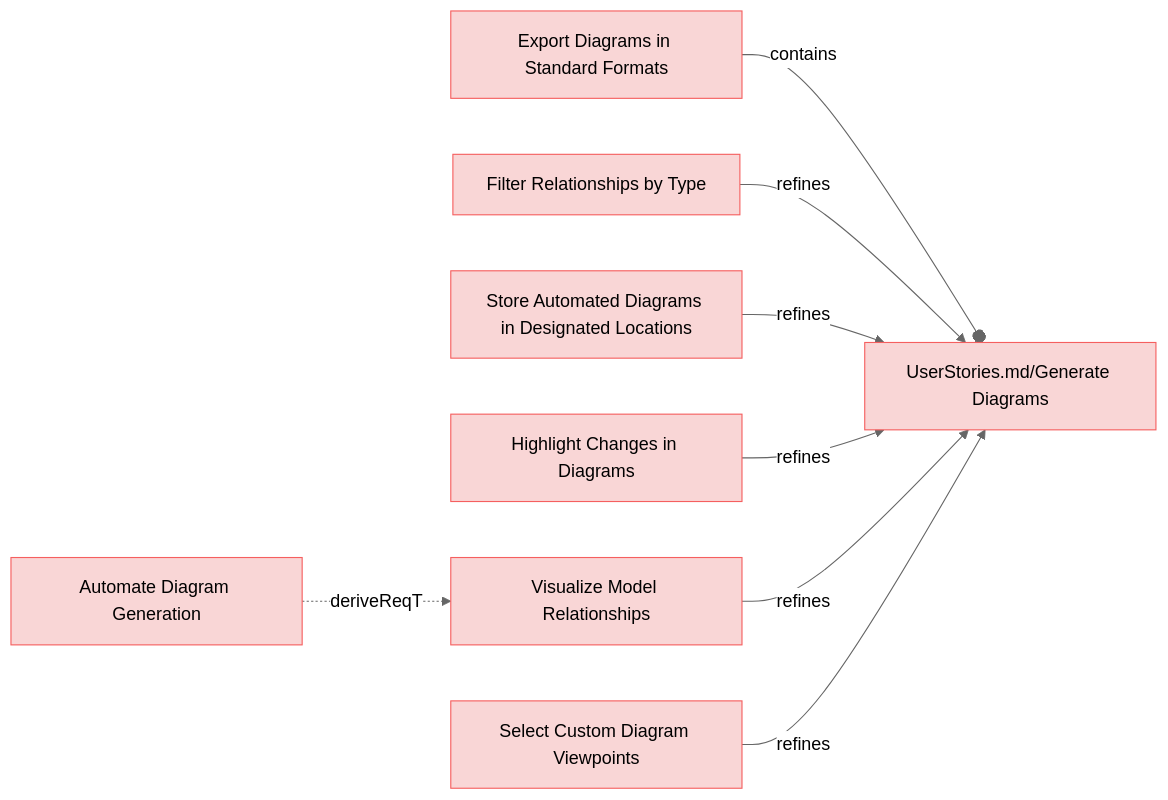
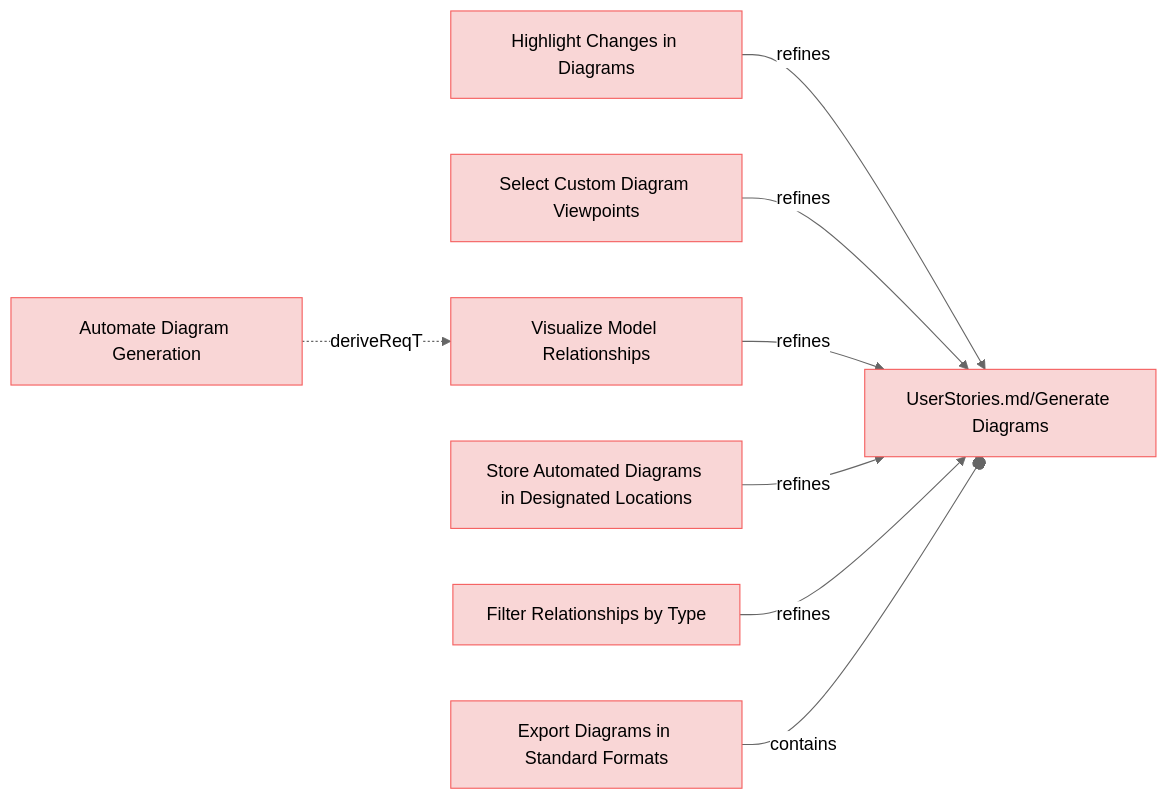
Before and after one commit to reqvire-org/reqvire: the first of 9 diagrams in specifications/UserRequirements.md, drawn with Mermaid (neutral theme). The commit also changed other lines of this file and 16 other files, not shown here.

````diff
--- a/specifications/UserRequirements.md
+++ b/specifications/UserRequirements.md
@@ -4,40 +4,40 @@
 ```mermaid
 graph LR;
   %% Graph styling
   classDef requirement fill:#f9d6d6,stroke:#f55f5f,stroke-width:1px;
   classDef verification fill:#d6f9d6,stroke:#5fd75f,stroke-width:1px;
   classDef externalLink fill:#d0e0ff,stroke:#3080ff,stroke-width:1px;
   classDef default fill:#f5f5f5,stroke:#333333,stroke-width:1px;
 
-  a0274ca0625d8493["Export Diagrams in Standard Formats"];
-  click a0274ca0625d8493 "https://github.com/Reqvire/reqvire/blob/92e82ef235559b4819fd85d700024b79b452d8e3/specifications/UserRequirements.md#export-diagrams-in-standard-formats";
-  class a0274ca0625d8493 requirement;
+  ac914f743d73674e["Highlight Changes in Diagrams"];
+  click ac914f743d73674e "https://github.com/Reqvire/reqvire/blob/30536324899084e88969175e3613c971ffa6e108/specifications/UserRequirements.md#highlight-changes-in-diagrams";
+  class ac914f743d73674e requirement;
   694c4bb24b10f0c7["UserStories.md/Generate Diagrams"];
   class 694c4bb24b10f0c7 requirement;
-  click 694c4bb24b10f0c7 "https://github.com/Reqvire/reqvire/blob/92e82ef235559b4819fd85d700024b79b452d8e3/specifications/UserStories.md#generate-diagrams";
-  a0274ca0625d8493 --o|contains| 694c4bb24b10f0c7;
+  click 694c4bb24b10f0c7 "https://github.com/Reqvire/reqvire/blob/30536324899084e88969175e3613c971ffa6e108/specifications/UserStories.md#generate-diagrams";
+  ac914f743d73674e -->|refines| 694c4bb24b10f0c7;
+  aa6a73dcebdfbc0d["Select Custom Diagram Viewpoints"];
+  click aa6a73dcebdfbc0d "https://github.com/Reqvire/reqvire/blob/30536324899084e88969175e3613c971ffa6e108/specifications/UserRequirements.md#select-custom-diagram-viewpoints";
+  class aa6a73dcebdfbc0d requirement;
+  aa6a73dcebdfbc0d -->|refines| 694c4bb24b10f0c7;
+  eed0b020b6ddeae1["Visualize Model Relationships"];
+  click eed0b020b6ddeae1 "https://github.com/Reqvire/reqvire/blob/30536324899084e88969175e3613c971ffa6e108/specifications/UserRequirements.md#visualize-model-relationships";
+  class eed0b020b6ddeae1 requirement;
+  eed0b020b6ddeae1 -->|refines| 694c4bb24b10f0c7;
+  89097c1311055b72["Store Automated Diagrams in Designated Locations"];
+  click 89097c1311055b72 "https://github.com/Reqvire/reqvire/blob/30536324899084e88969175e3613c971ffa6e108/specifications/UserRequirements.md#store-automated-diagrams-in-designated-locations";
+  class 89097c1311055b72 requirement;
+  89097c1311055b72 -->|refines| 694c4bb24b10f0c7;
+  c522cf4c404bdc24["Automate Diagram Generation"];
+  click c522cf4c404bdc24 "https://github.com/Reqvire/reqvire/blob/30536324899084e88969175e3613c971ffa6e108/specifications/UserRequirements.md#automate-diagram-generation";
+  class c522cf4c404bdc24 requirement;
+  c522cf4c404bdc24 -.->|deriveReqT| eed0b020b6ddeae1;
   66e9d8186acafd13["Filter Relationships by Type"];
-  click 66e9d8186acafd13 "https://github.com/Reqvire/reqvire/blob/92e82ef235559b4819fd85d700024b79b452d8e3/specifications/UserRequirements.md#filter-relationships-by-type";
+  click 66e9d8186acafd13 "https://github.com/Reqvire/reqvire/blob/30536324899084e88969175e3613c971ffa6e108/specifications/UserRequirements.md#filter-relationships-by-type";
   class 66e9d8186acafd13 requirement;
   66e9d8186acafd13 -->|refines| 694c4bb24b10f0c7;
-  89097c1311055b72["Store Automated Diagrams in Designated Locations"];
-  click 89097c1311055b72 "https://github.com/Reqvire/reqvire/blob/92e82ef235559b4819fd85d700024b79b452d8e3/specifications/UserRequirements.md#store-automated-diagrams-in-designated-locations";
-  class 89097c1311055b72 requirement;
-  89097c1311055b72 -->|refines| 694c4bb24b10f0c7;
-  ac914f743d73674e["Highlight Changes in Diagrams"];
-  click ac914f743d73674e "https://github.com/Reqvire/reqvire/blob/92e82ef235559b4819fd85d700024b79b452d8e3/specifications/UserRequirements.md#highlight-changes-in-diagrams";
-  class ac914f743d73674e requirement;
-  ac914f743d73674e -->|refines| 694c4bb24b10f0c7;
-  c522cf4c404bdc24["Automate Diagram Generation"];
-  click c522cf4c404bdc24 "https://github.com/Reqvire/reqvire/blob/92e82ef235559b4819fd85d700024b79b452d8e3/specifications/UserRequirements.md#automate-diagram-generation";
-  class c522cf4c404bdc24 requirement;
-  eed0b020b6ddeae1["Visualize Model Relationships"];
-  class eed0b020b6ddeae1 requirement;
-  click eed0b020b6ddeae1 "https://github.com/Reqvire/reqvire/blob/92e82ef235559b4819fd85d700024b79b452d8e3/specifications/UserRequirements.md#visualize-model-relationships";
-  c522cf4c404bdc24 -.->|deriveReqT| eed0b020b6ddeae1;
-  eed0b020b6ddeae1 -->|refines| 694c4bb24b10f0c7;
-  aa6a73dcebdfbc0d["Select Custom Diagram Viewpoints"];
-  click aa6a73dcebdfbc0d "https://github.com/Reqvire/reqvire/blob/92e82ef235559b4819fd85d700024b79b452d8e3/specifications/UserRequirements.md#select-custom-diagram-viewpoints";
-  class aa6a73dcebdfbc0d requirement;
-  aa6a73dcebdfbc0d -->|refines| 694c4bb24b10f0c7;
+  a0274ca0625d8493["Export Diagrams in Standard Formats"];
+  click a0274ca0625d8493 "https://github.com/Reqvire/reqvire/blob/30536324899084e88969175e3613c971ffa6e108/specifications/UserRequirements.md#export-diagrams-in-standard-formats";
+  class a0274ca0625d8493 requirement;
+  a0274ca0625d8493 --o|contains| 694c4bb24b10f0c7;
 ```
````
